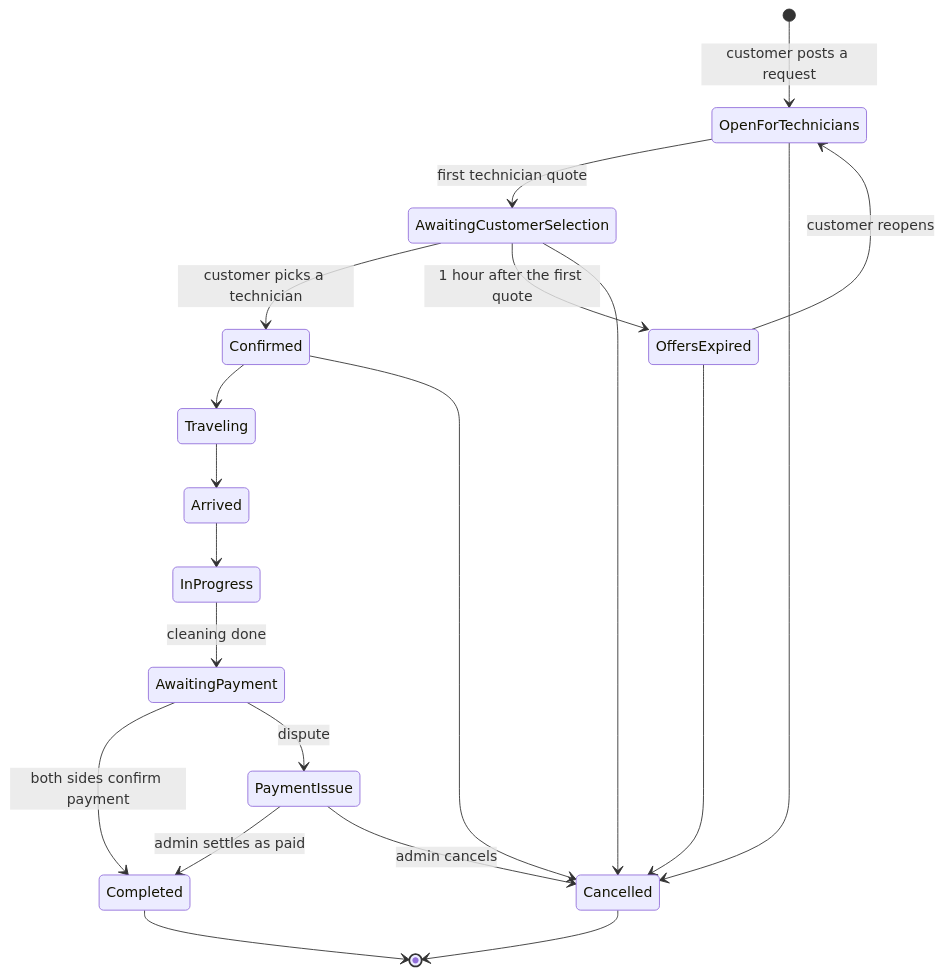
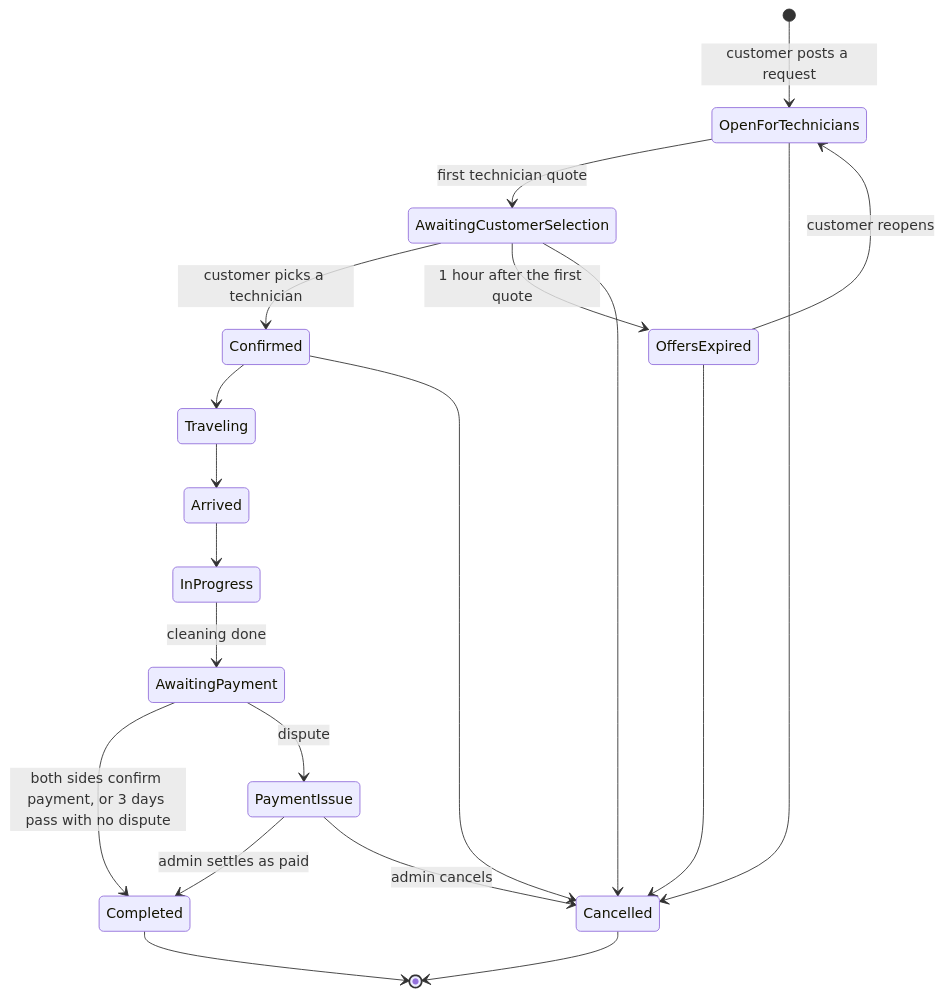
One commit to namethzz/Air-clean- changed the second of 2 diagrams in README.en.md. Above: the diagram before and after it, drawn with Mermaid. The commit also changed other lines of this file and 6 other files, not shown here.

````diff
--- a/README.en.md
+++ b/README.en.md
@@ -96,22 +98,22 @@
 ```mermaid
 stateDiagram-v2
   [*] --> OpenForTechnicians: customer posts a request
   OpenForTechnicians --> AwaitingCustomerSelection: first technician quote
   AwaitingCustomerSelection --> Confirmed: customer picks a technician
   AwaitingCustomerSelection --> OffersExpired: 1 hour after the first quote
   OffersExpired --> OpenForTechnicians: customer reopens
   Confirmed --> Traveling
   Traveling --> Arrived
   Arrived --> InProgress
   InProgress --> AwaitingPayment: cleaning done
-  AwaitingPayment --> Completed: both sides confirm payment
+  AwaitingPayment --> Completed: both sides confirm payment, or 3 days pass with no dispute
   AwaitingPayment --> PaymentIssue: dispute
   PaymentIssue --> Completed: admin settles as paid
   PaymentIssue --> Cancelled: admin cancels
   OpenForTechnicians --> Cancelled
   AwaitingCustomerSelection --> Cancelled
   OffersExpired --> Cancelled
   Confirmed --> Cancelled
   Completed --> [*]
   Cancelled --> [*]
 ```
````
